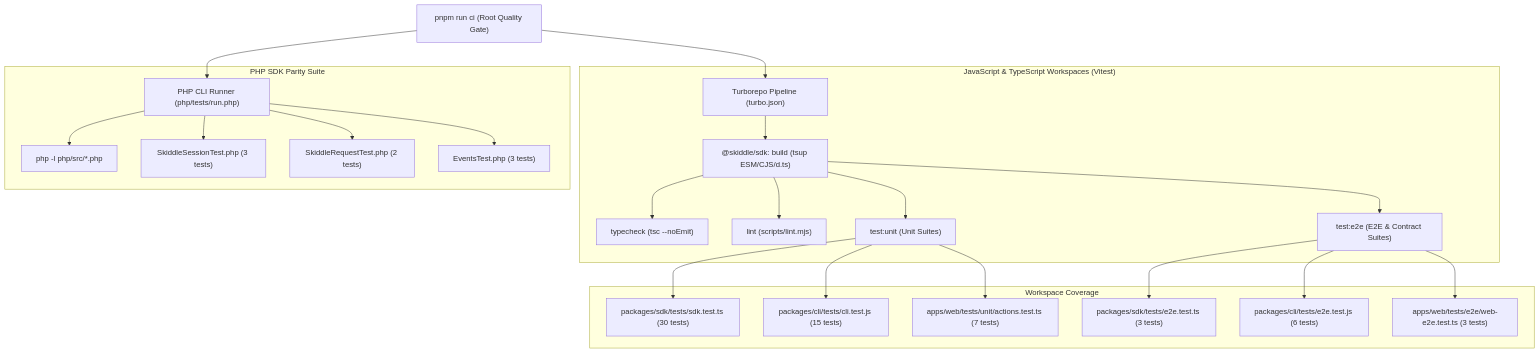
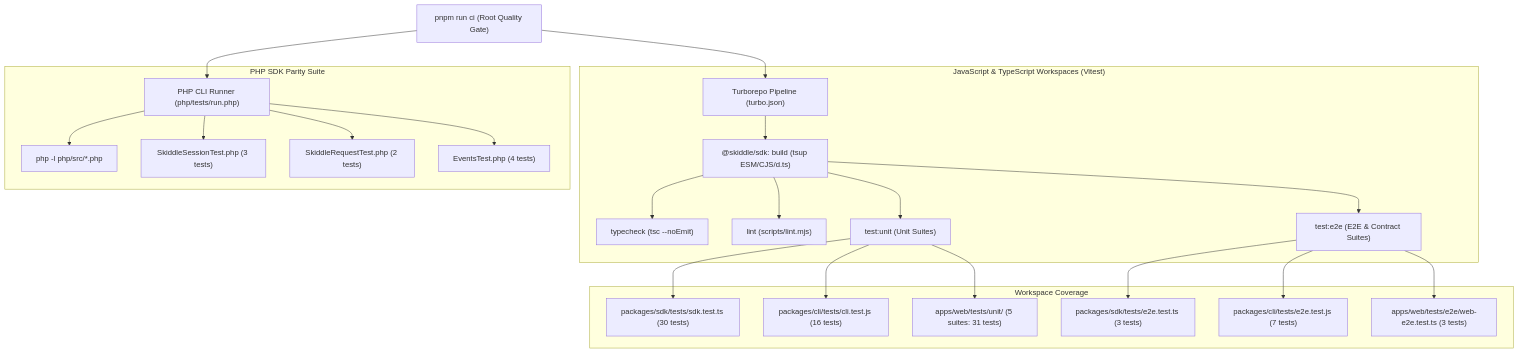
One commit to goldlabelapps/skiddle changed the diagram in docs/04-testing-and-verification.md. Above: the diagram before and after it, drawn with Mermaid. The commit also changed other lines of this file and 10 other files, not shown here.

````diff
--- a/docs/04-testing-and-verification.md
+++ b/docs/04-testing-and-verification.md
@@ -22,30 +22,30 @@
 ```mermaid
 flowchart TD
     Root["pnpm run ci (Root Quality Gate)"] --> Turbo["Turborepo Pipeline (turbo.json)"]
     Root --> PHP["PHP CLI Runner (php/tests/run.php)"]
 
     subgraph JS_TS ["JavaScript & TypeScript Workspaces (Vitest)"]
         Turbo --> SDK_Build["@skiddle/sdk: build (tsup ESM/CJS/d.ts)"]
         SDK_Build --> Typecheck["typecheck (tsc --noEmit)"]
         SDK_Build --> Lint["lint (scripts/lint.mjs)"]
         SDK_Build --> Unit["test:unit (Unit Suites)"]
         SDK_Build --> E2E["test:e2e (E2E & Contract Suites)"]
     end
 
     subgraph Packages ["Workspace Coverage"]
         Unit --> SDK_U["packages/sdk/tests/sdk.test.ts (30 tests)"]
-        Unit --> CLI_U["packages/cli/tests/cli.test.js (15 tests)"]
-        Unit --> Web_U["apps/web/tests/unit/actions.test.ts (7 tests)"]
+        Unit --> CLI_U["packages/cli/tests/cli.test.js (16 tests)"]
+        Unit --> Web_U["apps/web/tests/unit/ (5 suites: 31 tests)"]
 
         E2E --> SDK_E["packages/sdk/tests/e2e.test.ts (3 tests)"]
-        E2E --> CLI_E["packages/cli/tests/e2e.test.js (6 tests)"]
+        E2E --> CLI_E["packages/cli/tests/e2e.test.js (7 tests)"]
         E2E --> Web_E["apps/web/tests/e2e/web-e2e.test.ts (3 tests)"]
     end
 
     subgraph PHP_Suite ["PHP SDK Parity Suite"]
         PHP --> PHP_Syntax["php -l php/src/*.php"]
         PHP --> PHP_Session["SkiddleSessionTest.php (3 tests)"]
         PHP --> PHP_Req["SkiddleRequestTest.php (2 tests)"]
-        PHP --> PHP_Events["EventsTest.php (3 tests)"]
+        PHP --> PHP_Events["EventsTest.php (4 tests)"]
     end
 ```
````
